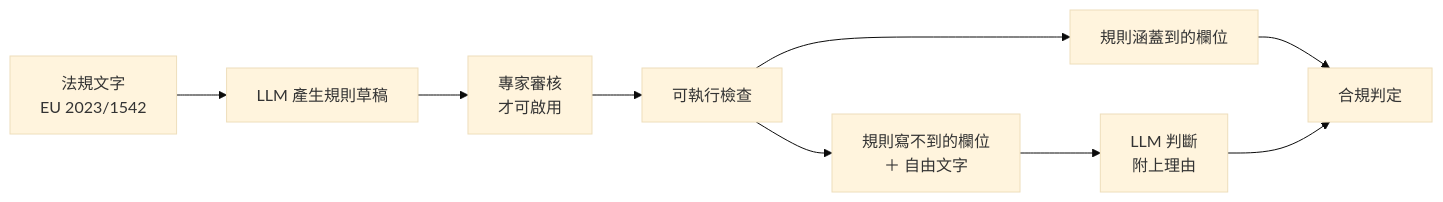
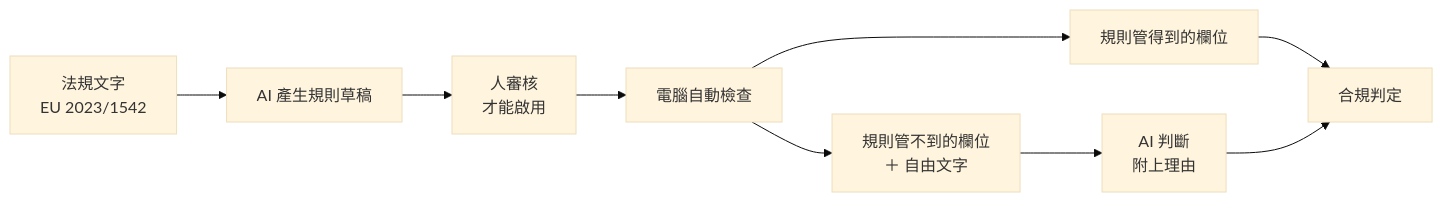
The diagram in docs/slides/battery-passport-gate/slides.md (lucashsu95/LucasHsu.dev), drawn with Mermaid (base theme) before and after one commit. The commit also changed other lines of this file and 2 other files, not shown here.

````diff
--- a/docs/slides/battery-passport-gate/slides.md
+++ b/docs/slides/battery-passport-gate/slides.md
@@ -235,10 +283,10 @@
 ```mermaid {theme: 'dark', scale: 0.6}
 flowchart LR
-  A["法規文字<br>EU 2023/1542"] --> B["LLM 產生規則草稿"] --> C["專家審核<br>才可啟用"]
-  C --> D["可執行檢查"]
-  D --> E["規則涵蓋到的欄位"]
-  D --> F["規則寫不到的欄位<br>＋ 自由文字"]
-  F --> G["LLM 判斷<br>附上理由"]
+  A["法規文字<br>EU 2023/1542"] --> B["AI 產生規則草稿"] --> C["人審核<br>才能啟用"]
+  C --> D["電腦自動檢查"]
+  D --> E["規則管得到的欄位"]
+  D --> F["規則管不到的欄位<br>＋ 自由文字"]
+  F --> G["AI 判斷<br>附上理由"]
   E --> H["合規判定"]
   G --> H
 ```
````
